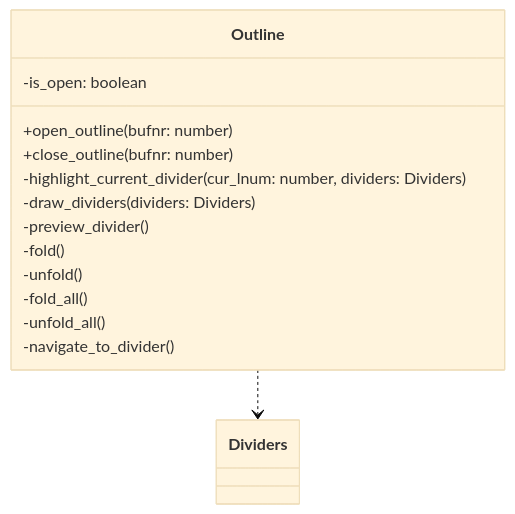
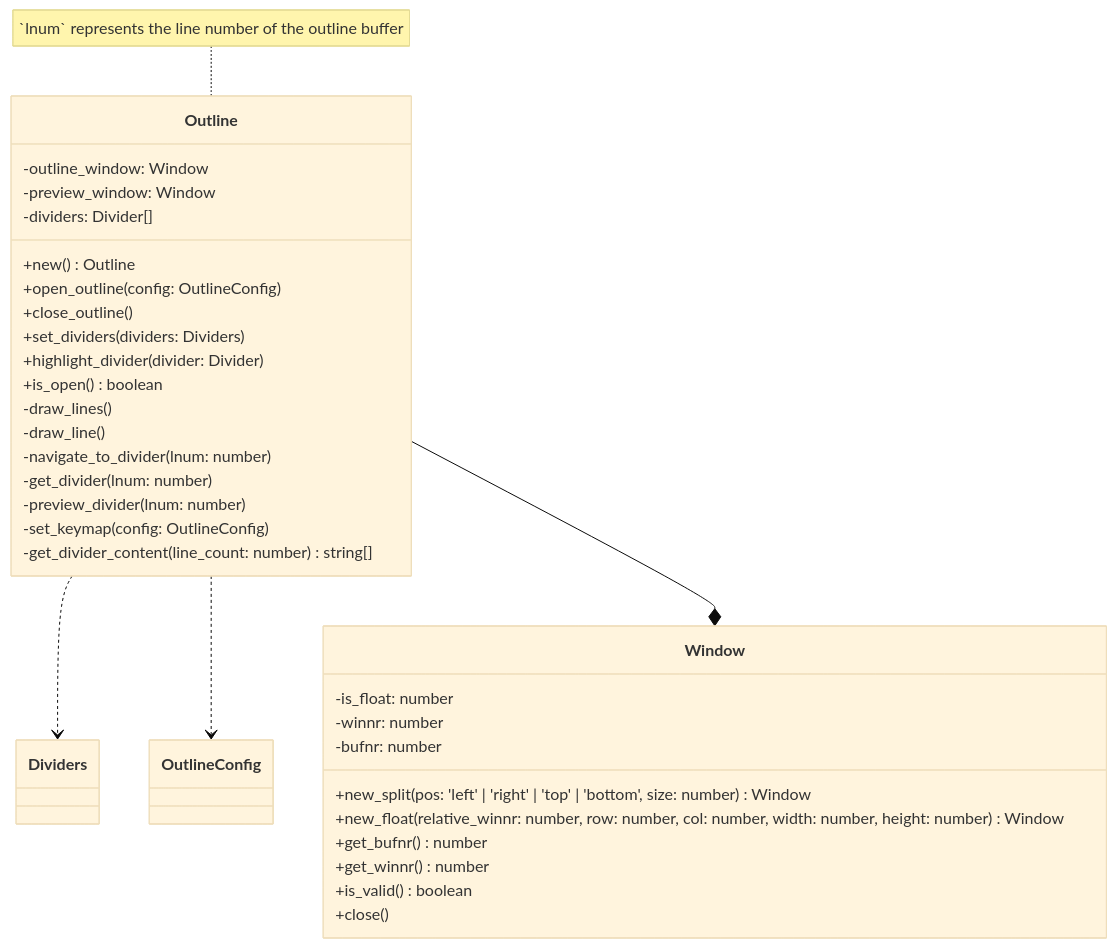
Before and after one commit to niuiic/divider.nvim: the fourth of 8 diagrams in DESIGN.md, drawn with Mermaid (base theme). The commit also changed other lines of this file and 6 other files, not shown here.

````diff
--- a/DESIGN.md
+++ b/DESIGN.md
@@ -126,18 +124,39 @@
 ```mermaid
 classDiagram
+    note for Outline "`lnum` represents the line number of the outline buffer"
     Outline ..> Dividers
+    Outline ..> OutlineConfig
+    Outline --* Window
     class Outline {
-        -is_open: boolean
+        -outline_window: Window
+        -preview_window: Window
+        -dividers: Divider[]
 
-        +open_outline(bufnr: number)
-        +close_outline(bufnr: number)
-        -highlight_current_divider(cur_lnum: number, dividers: Dividers)
-        -draw_dividers(dividers: Dividers)
-        -preview_divider()
-        -fold()
-        -unfold()
-        -fold_all()
-        -unfold_all()
-        -navigate_to_divider()
+        +new() Outline
+        +open_outline(config: OutlineConfig)
+        +close_outline()
+        +set_dividers(dividers: Dividers)
+        +highlight_divider(divider: Divider)
+        +is_open() boolean
+        -draw_lines()
+        -draw_line()
+        -navigate_to_divider(lnum: number)
+        -get_divider(lnum: number)
+        -preview_divider(lnum: number)
+        -set_keymap(config: OutlineConfig)
+        -get_divider_content(line_count: number) string[]
+    }
+
+    class Window {
+        -is_float: number
+        -winnr: number
+        -bufnr: number
+
+        +new_split(pos: 'left' | 'right' | 'top' | 'bottom', size: number) Window
+        +new_float(relative_winnr: number, row: number, col: number, width: number, height: number) Window
+        +get_bufnr() number
+        +get_winnr() number
+        +is_valid() boolean
+        +close()
     }
 ```
````
